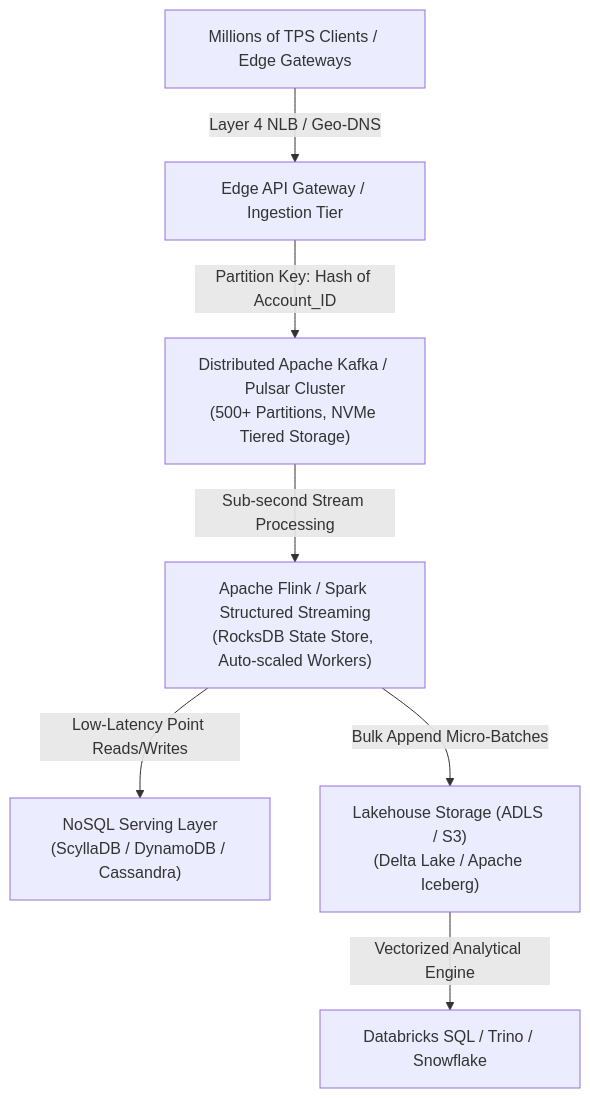
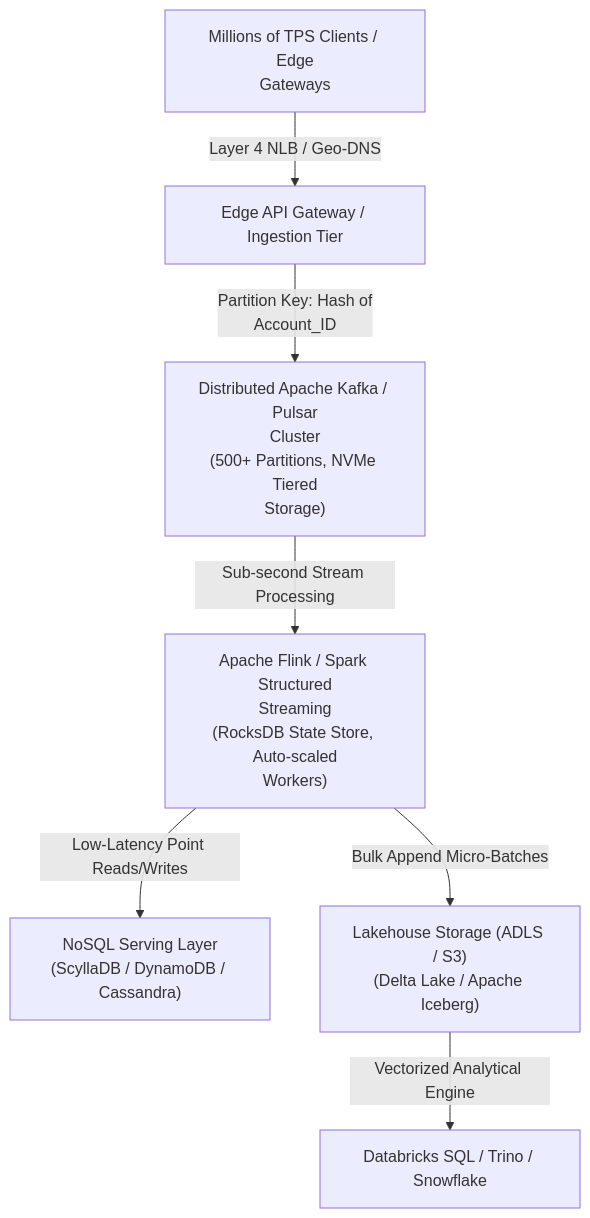
The first of 2 diagrams in playbooks/06_system_design_125.md (santoshjammi29/data-engineering-interview-handbook), drawn with Mermaid before and after one commit. The commit also changed other lines of this file and 9 other files, not shown here.

Commit message:
fix(diagrams): word-wrap labels and escape comparison operators across all diagrams

````diff
--- a/playbooks/06_system_design_125.md
+++ b/playbooks/06_system_design_125.md
@@ -14,9 +14,9 @@
 ```mermaid
 flowchart TD
-    A["Millions of TPS Clients / Edge Gateways"] -->|Layer 4 NLB / Geo-DNS| B["Edge API Gateway / Ingestion Tier"]
-    B -->|Partition Key: Hash of Account_ID| C["Distributed Apache Kafka / Pulsar Cluster<br/>(500+ Partitions, NVMe Tiered Storage)"]
-    C -->|Sub-second Stream Processing| D["Apache Flink / Spark Structured Streaming<br/>(RocksDB State Store, Auto-scaled Workers)"]
-    D -->|Low-Latency Point Reads/Writes| E["NoSQL Serving Layer<br/>(ScyllaDB / DynamoDB / Cassandra)"]
+    A["Millions of TPS Clients / Edge<br/>Gateways"] -->|"Layer 4 NLB / Geo-DNS"| B["Edge API Gateway / Ingestion Tier"]
+    B -->|"Partition Key: Hash of<br/>Account_ID"| C["Distributed Apache Kafka / Pulsar<br/>Cluster<br/>(500+ Partitions, NVMe Tiered<br/>Storage)"]
+    C -->|Sub-second Stream Processing| D["Apache Flink / Spark Structured<br/>Streaming<br/>(RocksDB State Store, Auto-scaled<br/>Workers)"]
+    D -->|"Low-Latency Point Reads/Writes"| E["NoSQL Serving Layer<br/>(ScyllaDB / DynamoDB / Cassandra)"]
     D -->|Bulk Append Micro-Batches| F["Lakehouse Storage (ADLS / S3)<br/>(Delta Lake / Apache Iceberg)"]
     F -->|Vectorized Analytical Engine| G["Databricks SQL / Trino / Snowflake"]
 ```
````
